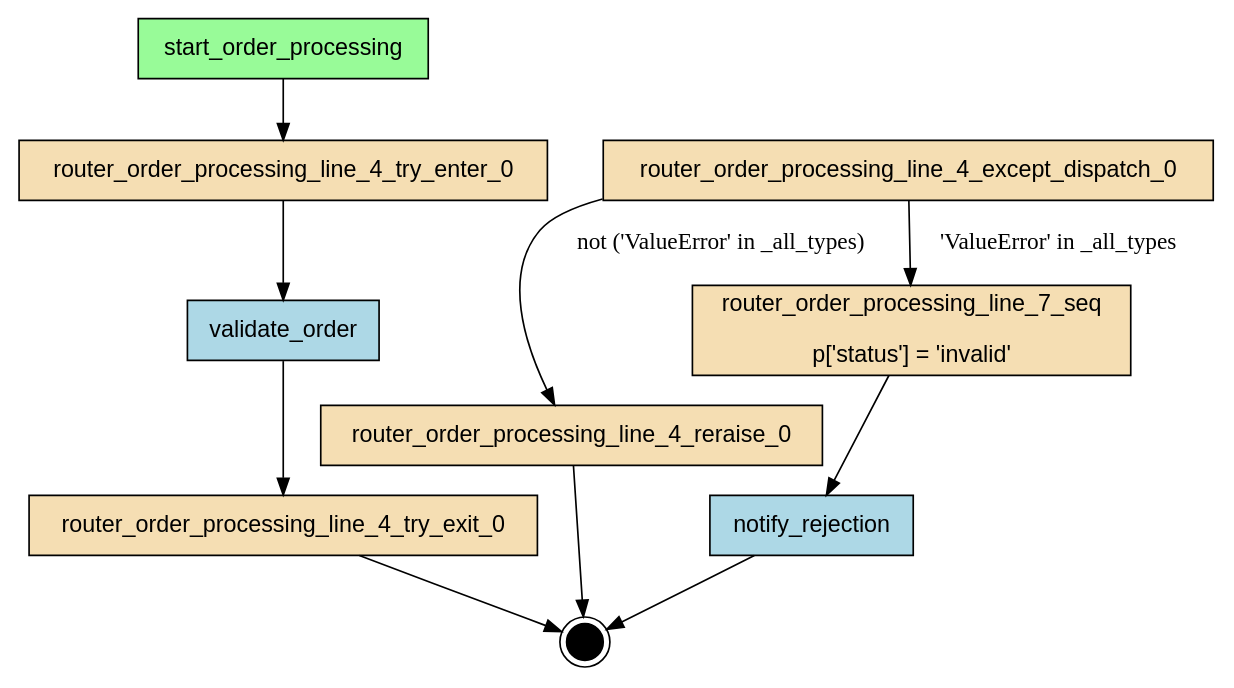
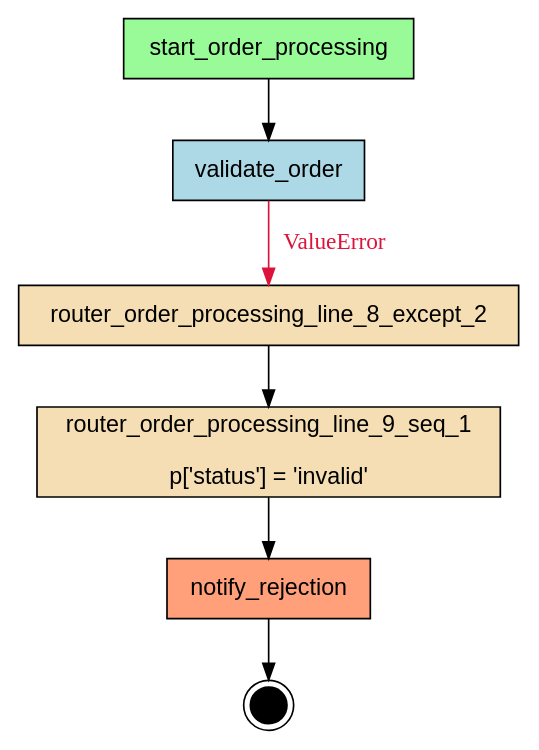
Before and after one commit to deliveryhero/asya: the diagram in examples/flows/compiled/try_except_simple/flow.dot, drawn with Graphviz. The commit also changed 1302 other files, not shown here.

First line of the commit message:
feat(compiler): try/except support via sidecar retryRules [3dp2] (#346)

```diff
--- a/examples/flows/compiled/try_except_simple/flow.dot
+++ b/examples/flows/compiled/try_except_simple/flow.dot
@@ -1,27 +1,20 @@
-digraph "try_except_simple" {
+digraph "order_processing" {
     rankdir=TB;
     node [shape=box, style=filled, fontname="Helvetica"];
 
     { rank=source; start_order_processing; }
 
-    notify_rejection [label="notify_rejection", fillcolor=lightblue];
-    router_order_processing_line_4_except_dispatch_0 [label="router_order_processing_line_4_except_dispatch_0", fillcolor=wheat];
-    router_order_processing_line_4_reraise_0 [label="router_order_processing_line_4_reraise_0", fillcolor=wheat];
-    router_order_processing_line_4_try_enter_0 [label="router_order_processing_line_4_try_enter_0", fillcolor=wheat];
-    router_order_processing_line_4_try_exit_0 [label="router_order_processing_line_4_try_exit_0", fillcolor=wheat];
-    router_order_processing_line_7_seq [label="router_order_processing_line_7_seq\n\np['status'] = 'invalid'", fillcolor=wheat];
+    notify_rejection [label="notify_rejection", fillcolor=lightsalmon];
+    router_order_processing_line_8_except_2 [label="router_order_processing_line_8_except_2", fillcolor=wheat];
+    router_order_processing_line_9_seq_1 [label="router_order_processing_line_9_seq_1\n\np['status'] = 'invalid'", fillcolor=wheat];
     start_order_processing [label="start_order_processing", fillcolor=palegreen];
     validate_order [label="validate_order", fillcolor=lightblue];
 
     __end__ [label="", shape=doublecircle, fillcolor=black, width=0.3, fixedsize=true];
 
-    start_order_processing -> router_order_processing_line_4_try_enter_0;
-    router_order_processing_line_7_seq -> notify_rejection;
-    router_order_processing_line_4_try_enter_0 -> validate_order;
-    validate_order -> router_order_processing_line_4_try_exit_0;
-    router_order_processing_line_4_except_dispatch_0 -> router_order_processing_line_7_seq [label="'ValueError' in _all_types"];
-    router_order_processing_line_4_except_dispatch_0 -> router_order_processing_line_4_reraise_0 [label="not ('ValueError' in _all_types)"];
+    start_order_processing -> validate_order;
+    router_order_processing_line_9_seq_1 -> notify_rejection;
+    router_order_processing_line_8_except_2 -> router_order_processing_line_9_seq_1;
+    validate_order -> router_order_processing_line_8_except_2 [label="ValueError", color="#DC143C", fontcolor="#DC143C"];
     notify_rejection -> __end__;
-    router_order_processing_line_4_reraise_0 -> __end__;
-    router_order_processing_line_4_try_exit_0 -> __end__;
 }
```
